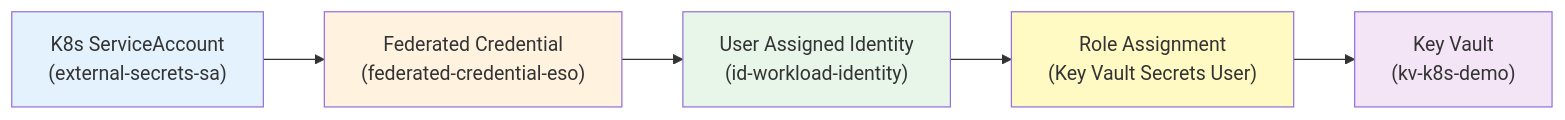
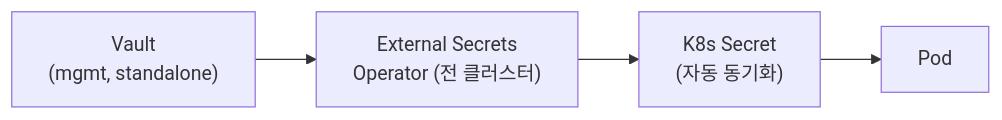
The seventh of 12 diagrams in document/on-premise/ARCHITECTURE.md (bocopile/mac-k8s-multipass-terraform), drawn with Mermaid before and after one commit. The commit also changed other lines of this file and 6 other files, not shown here.

````diff
--- a/document/on-premise/ARCHITECTURE.md
+++ b/document/on-premise/ARCHITECTURE.md
@@ -352,16 +621,9 @@
 ```mermaid
 flowchart LR
-    SA["K8s ServiceAccount<br/>(external-secrets-sa)"]
-    FC["Federated Credential<br/>(federated-credential-eso)"]
-    WI["User Assigned Identity<br/>(id-workload-identity)"]
-    RA["Role Assignment<br/>(Key Vault Secrets User)"]
-    KV["Key Vault<br/>(kv-k8s-demo)"]
+    Vault["Vault<br/>(mgmt, standalone)"]
+    ESO["External Secrets<br/>Operator (전 클러스터)"]
+    Secret["K8s Secret<br/>(자동 동기화)"]
+    Pod["Pod"]
 
-    SA --> FC --> WI --> RA --> KV
-
-    style SA fill:#e3f2fd
-    style FC fill:#fff3e0
-    style WI fill:#e8f5e9
-    style RA fill:#fff9c4
-    style KV fill:#f3e5f5
+    Vault --> ESO --> Secret --> Pod
 ```
````
